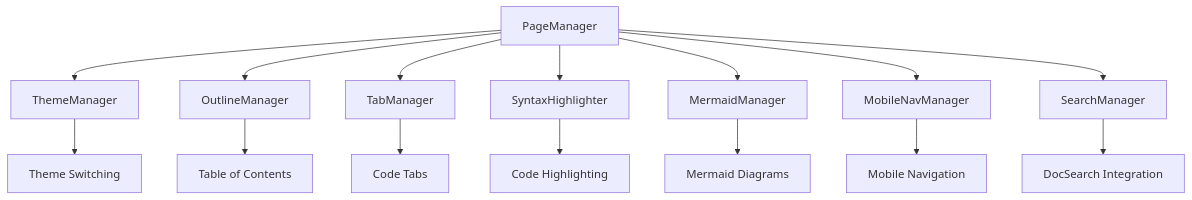
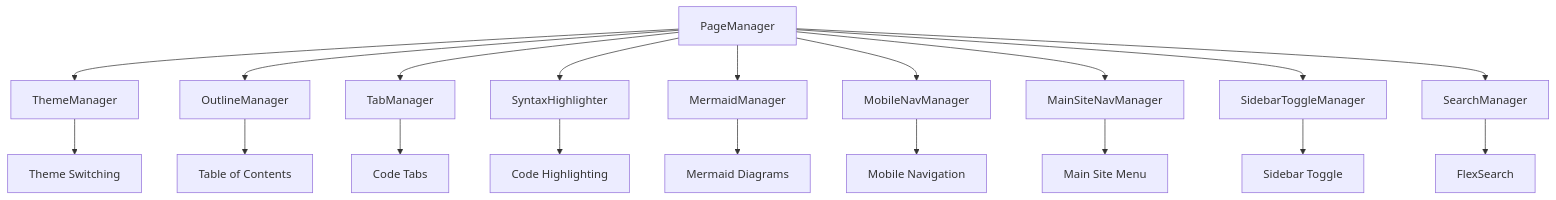
Before and after one commit to phil-scott-78/MyLittleContentEngine: the diagram in docs/MyLittleContentEngine.Docs/Content/under-the-hood/javascript-architecture.md, drawn with Mermaid. The commit also changed other lines of this file and 1 other file, not shown here.

First line of the commit message:
docs: add detailed documentation for architecture phases

````diff
--- a/docs/MyLittleContentEngine.Docs/Content/under-the-hood/javascript-architecture.md
+++ b/docs/MyLittleContentEngine.Docs/Content/under-the-hood/javascript-architecture.md
@@ -14,18 +14,22 @@
 ```mermaid
 graph TB
     A[PageManager] --> B[ThemeManager]
     A --> C[OutlineManager]
     A --> D[TabManager]
     A --> E[SyntaxHighlighter]
     A --> F[MermaidManager]
     A --> G[MobileNavManager]
-    A --> H[SearchManager]
-    
-    B --> I[Theme Switching]
-    C --> J[Table of Contents]
-    D --> K[Code Tabs]
-    E --> L[Code Highlighting]
-    F --> M[Mermaid Diagrams]
-    G --> N[Mobile Navigation]
-    H --> O[DocSearch Integration]
+    A --> H[MainSiteNavManager]
+    A --> I[SidebarToggleManager]
+    A --> J[SearchManager]
+
+    B --> K[Theme Switching]
+    C --> L[Table of Contents]
+    D --> M[Code Tabs]
+    E --> N[Code Highlighting]
+    F --> O[Mermaid Diagrams]
+    G --> P[Mobile Navigation]
+    H --> Q[Main Site Menu]
+    I --> R[Sidebar Toggle]
+    J --> S[FlexSearch]
 ```
````
